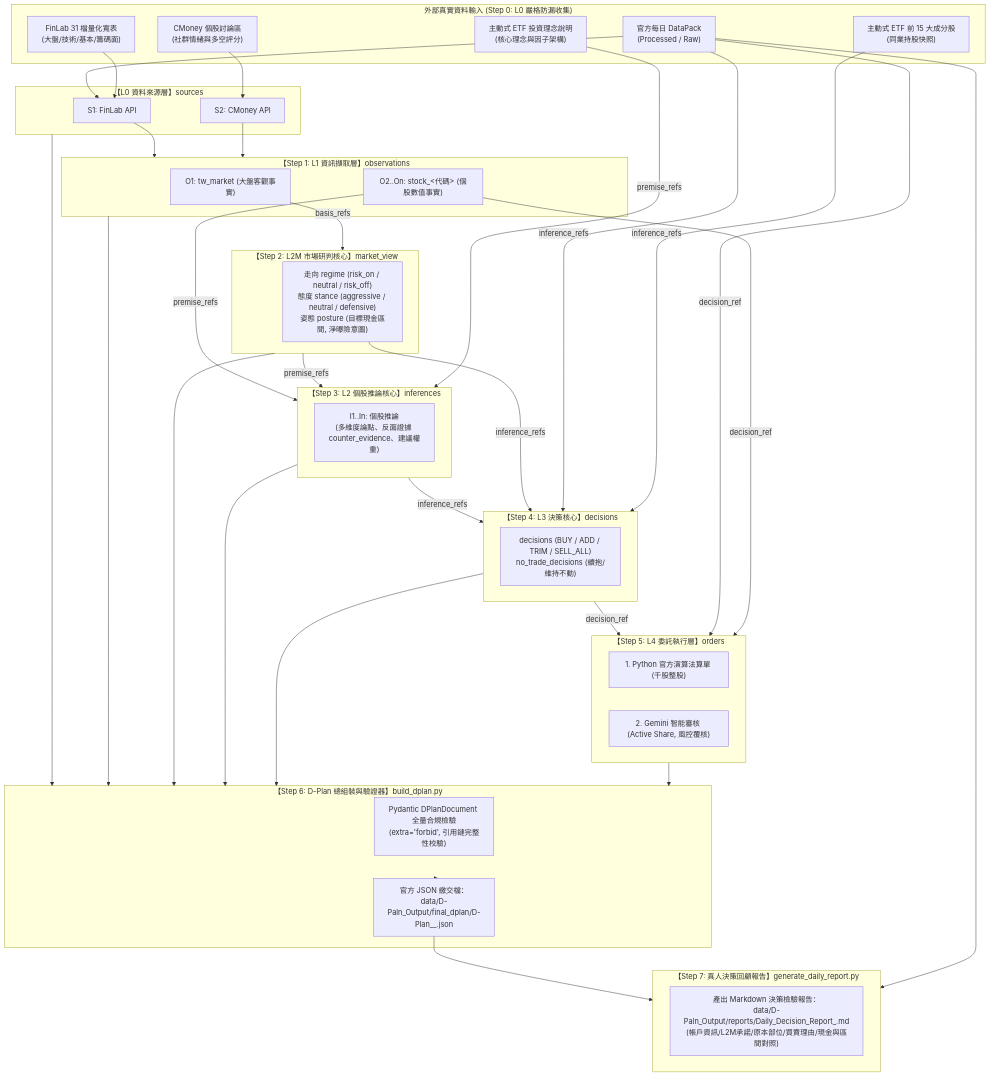
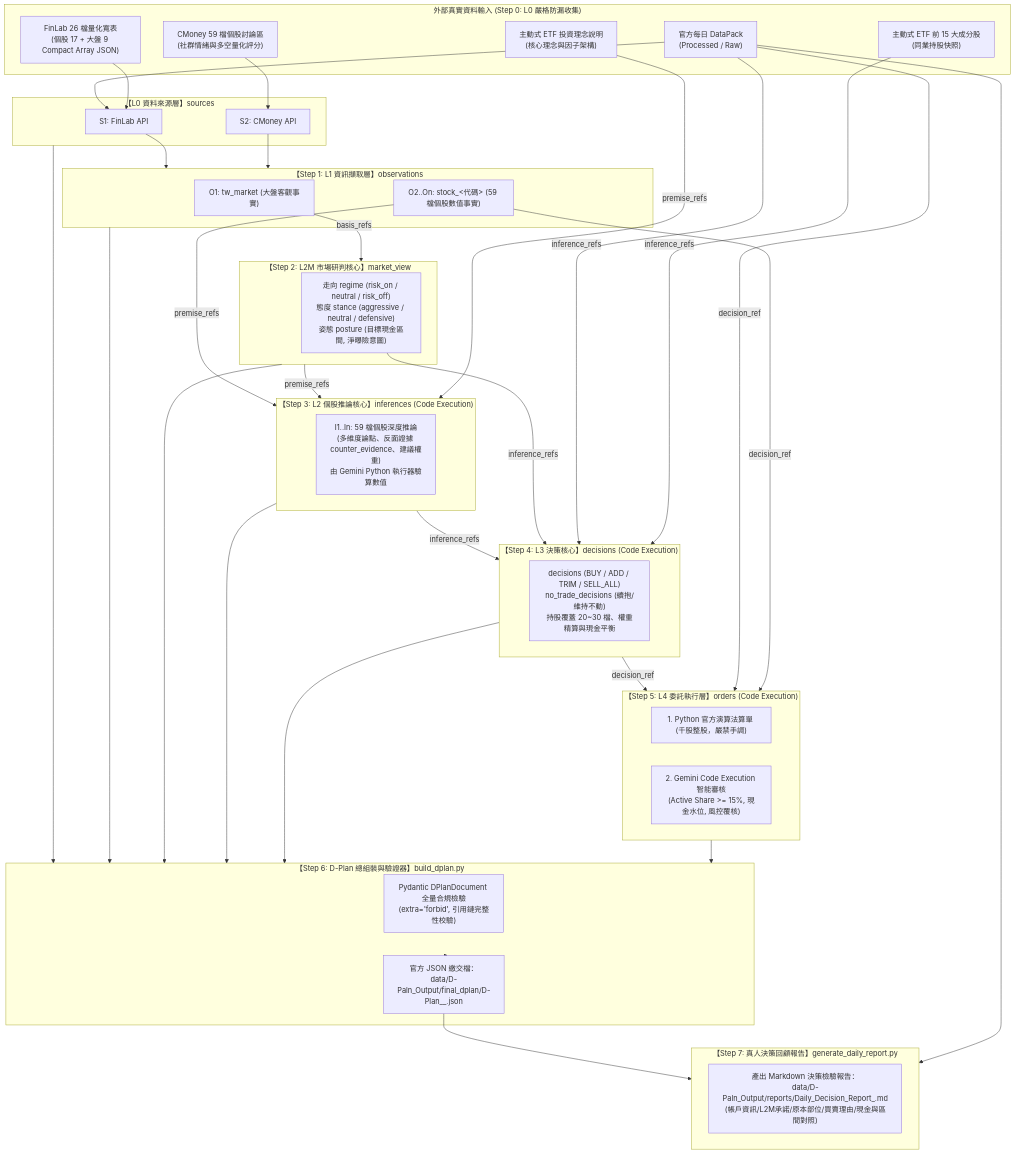
The diagram in README.md (codyliao0327/esun-ai-cup-2026), drawn with Mermaid before and after one commit. The commit also changed other lines of this file, not shown here.

````diff
--- a/README.md
+++ b/README.md
@@ -39,58 +42,58 @@
 ```mermaid
 flowchart TD
     subgraph Data_Inputs["外部真實資料輸入 (Step 0: L0 嚴格防漏收集)"]
         DP["官方每日 DataPack\n(Processed / Raw)"]
-        FL["FinLab 31 檔量化寬表\n(大盤/技術/基本/籌碼面)"]
-        CM["CMoney 個股討論區\n(社群情緒與多空評分)"]
+        FL["FinLab 26 檔量化寬表\n(個股 17 + 大盤 9 Compact Array JSON)"]
+        CM["CMoney 59 檔個股討論區\n(社群情緒與多空量化評分)"]
         ETF_H["主動式 ETF 前 15 大成分股\n(同業持股快照)"]
         ETF_S["主動式 ETF 投資理念說明\n(核心理念與因子架構)"]
     end
 
     subgraph L0["【L0 資料來源層】sources"]
         S1["S1: FinLab API"]
         S2["S2: CMoney API"]
     end
 
     subgraph L1["【Step 1: L1 資訊擷取層】observations"]
         O_MKT["O1: tw_market (大盤客觀事實)"]
-        O_STK["O2..On: stock_<代碼> (個股數值事實)"]
+        O_STK["O2..On: stock_<代碼> (59 檔個股數值事實)"]
     end
 
     subgraph L2M["【Step 2: L2M 市場研判核心】market_view"]
         MV["走向 regime (risk_on / neutral / risk_off)\n態度 stance (aggressive / neutral / defensive)\n姿態 posture (目標現金區間, 淨曝險意圖)"]
     end
 
-    subgraph L2["【Step 3: L2 個股推論核心】inferences"]
-        INF["I1..In: 個股推論\n(多維度論點、反面證據 counter_evidence、建議權重)"]
+    subgraph L2["【Step 3: L2 個股推論核心】inferences (Code Execution)"]
+        INF["I1..In: 59 檔個股深度推論\n(多維度論點、反面證據 counter_evidence、建議權重)\n由 Gemini Python 執行器驗算數值"]
     end
 
-    subgraph L3["【Step 4: L3 決策核心】decisions"]
-        DEC["decisions (BUY / ADD / TRIM / SELL_ALL)\nno_trade_decisions (續抱/維持不動)"]
+    subgraph L3["【Step 4: L3 決策核心】decisions (Code Execution)"]
+        DEC["decisions (BUY / ADD / TRIM / SELL_ALL)\nno_trade_decisions (續抱/維持不動)\n持股覆蓋 20~30 檔、權重精算與現金平衡"]
     end
 
-    subgraph L4["【Step 5: L4 委託執行層】orders"]
-        ORD_PY["1. Python 官方演算法算單 (千股整股)"]
-        ORD_LLM["2. Gemini 智能審核 (Active Share, 風控覆核)"]
+    subgraph L4["【Step 5: L4 委託執行層】orders (Code Execution)"]
+        ORD_PY["1. Python 官方演算法算單 (千股整股，嚴禁手調)"]
+        ORD_LLM["2. Gemini Code Execution 智能審核\n(Active Share >= 15%, 現金水位, 風控覆核)"]
     end
 
     subgraph Assembler["【Step 6: D-Plan 總組裝與驗證器】build_dplan.py"]
         VAL["Pydantic DPlanDocument 全量合規檢驗\n(extra='forbid', 引用鏈完整性校驗)"]
         OUT["官方 JSON 繳交檔：\ndata/D-Paln_Output/final_dplan/D-Plan_<team_id>_<trade_date>.json"]
     end
 
     subgraph ReviewReport["【Step 7: 真人決策回顧報告】generate_daily_report.py"]
         REP["產出 Markdown 決策檢驗報告：\ndata/D-Paln_Output/reports/Daily_Decision_Report_<YYYYMMDD>.md\n(帳戶資訊/L2M承諾/原本部位/買賣理由/現金與區間對照)"]
     end
 
     DP --> S1
     FL --> S1
     CM --> S2
     S1 & S2 --> L1
     O_MKT -->|basis_refs| L2M
     O_STK & L2M & ETF_S -->|premise_refs| L2
     L2 & MV & DP & ETF_H -->|inference_refs| L3
     L3 & DP & O_STK -->|decision_ref| L4
     L0 & L1 & L2M & L2 & L3 & L4 --> Assembler
     Assembler --> OUT
     OUT & DP --> ReviewReport
 ```
````
